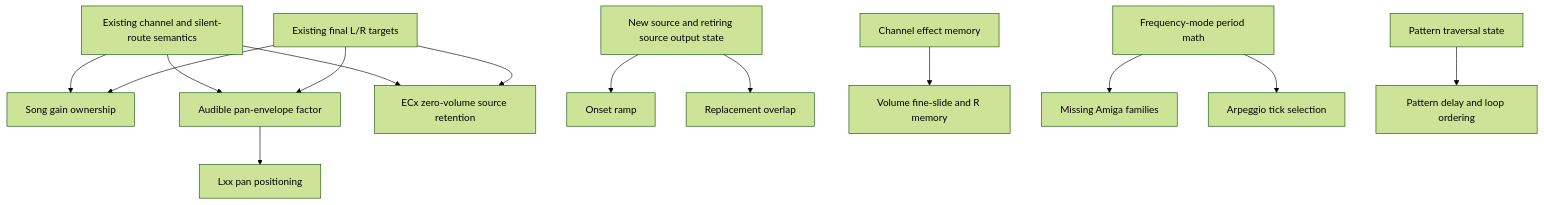
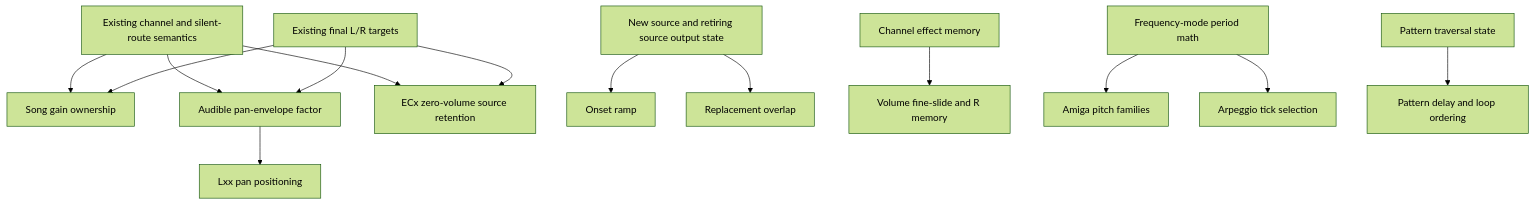
The diagram in docs/ft2-xm-closure-matrix.md (syncomm/voodootrackerx), drawn with Mermaid (forest theme) before and after one commit. The commit also changed other lines of this file and 4 other files, not shown here.

````diff
--- a/docs/ft2-xm-closure-matrix.md
+++ b/docs/ft2-xm-closure-matrix.md
@@ -412,16 +513,16 @@
 ```mermaid
 flowchart TD
   S[Existing channel and silent-route semantics] --> G[Song gain ownership]
   O[Existing final L/R targets] --> G
   S --> P[Audible pan-envelope factor]
   O --> P
   P --> L[Lxx pan positioning]
   S --> Q[ECx zero-volume source retention]
   O --> Q
   N[New source and retiring source output state] --> A[Onset ramp]
   N --> R[Replacement overlap]
   M[Channel effect memory] --> V[Volume fine-slide and R memory]
-  F[Frequency-mode period math] --> I[Missing Amiga families]
+  F[Frequency-mode period math] --> I[Amiga pitch families]
   F --> C[Arpeggio tick selection]
   T[Pattern traversal state] --> E[Pattern delay and loop ordering]
 ```
````
